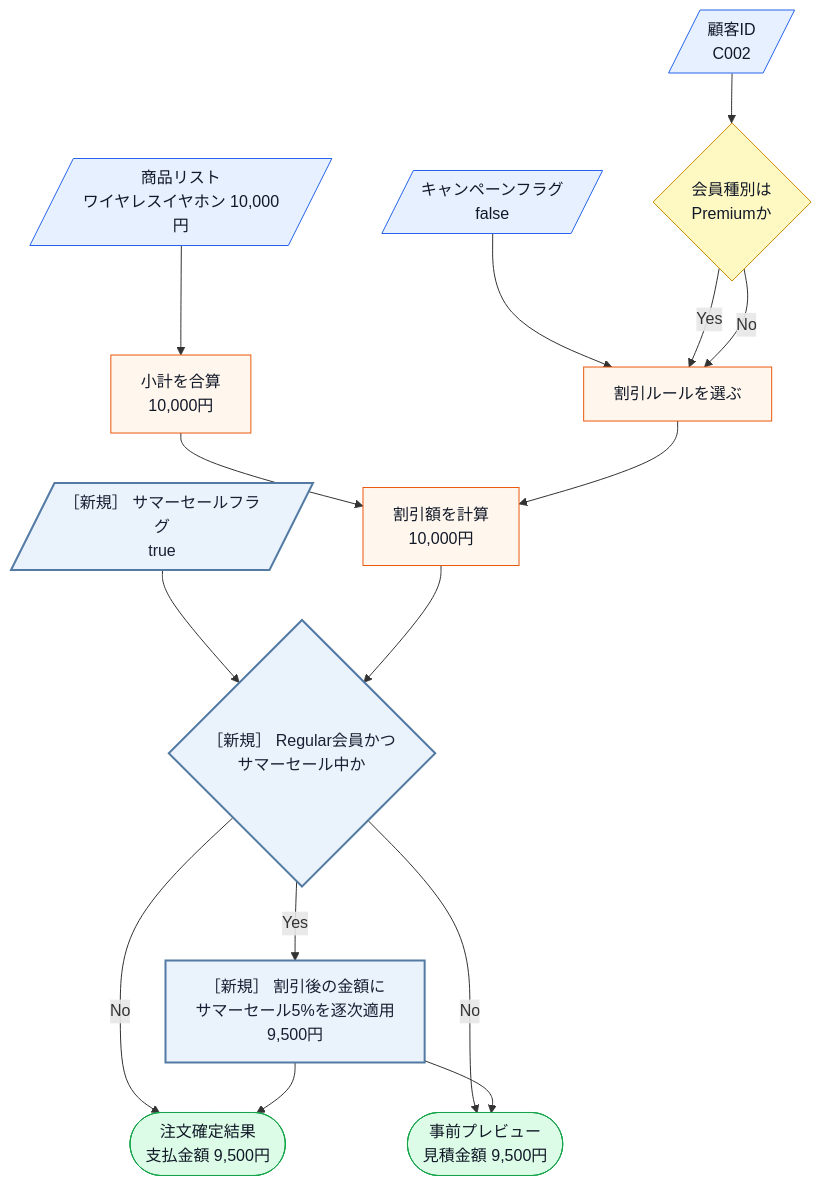
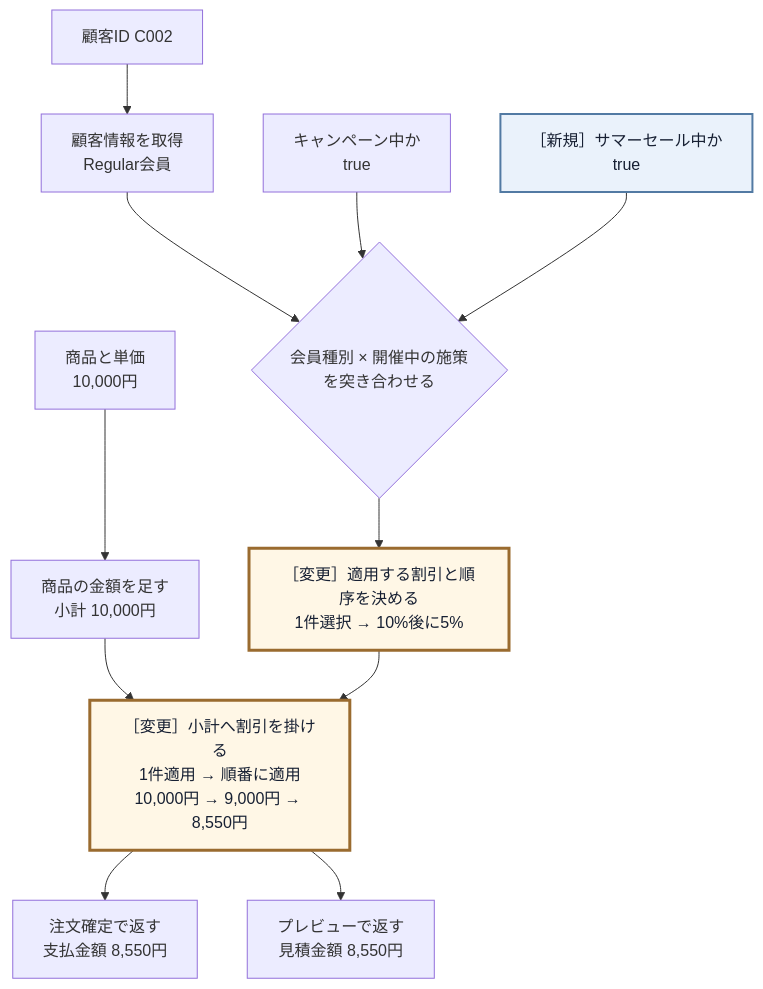
One commit to kumachan1101-pixel/DesignPattern changed the fifth of 18 diagrams in kindle/design-patterns/books/volume01-core-patterns/output/03-chapter01.md. Above: the diagram before and after it, drawn with Mermaid. The commit also changed other lines of this file and 17 other files, not shown here.

````diff
--- a/kindle/design-patterns/books/volume01-core-patterns/output/03-chapter01.md
+++ b/kindle/design-patterns/books/volume01-core-patterns/output/03-chapter01.md
@@ -926,24 +888,18 @@
 ```mermaid
 flowchart TB
-    A[/商品リスト<br>ワイヤレスイヤホン 10,000円/]:::input --> G[小計を合算<br>10,000円]:::process
-    C[/顧客ID<br>C002/]:::input --> D{会員種別は<br>Premiumか}:::decision
-    E[/キャンペーンフラグ<br>false/]:::input --> H[割引ルールを選ぶ]:::process
-    S[/［新規］ サマーセールフラグ<br>true/]:::input --> T{［新規］ Regular会員かつ<br>サマーセール中か}:::decision
-    D -->|Yes| H
-    D -->|No| H
-    G --> I[割引額を計算<br>10,000円]:::process
-    H --> I
-    I --> T
-    T -->|Yes| U[［新規］ 割引後の金額に<br>サマーセール5%を逐次適用<br>9,500円]:::process
-    T -->|No| J([注文確定結果<br>支払金額 9,500円]):::normal
-    T -->|No| K([事前プレビュー<br>見積金額 9,500円]):::normal
-    U --> J
-    U --> K
+    ITEMS["商品と単価<br>10,000円"] --> SUBTOTAL["商品の金額を足す<br>小計 10,000円"]
+    CUSTOMER["顧客ID C002"] --> MEMBER["顧客情報を取得<br>Regular会員"]
 
-    classDef input fill:#e7f0ff,stroke:#2563eb,color:#111827;
-    classDef process fill:#fff7ed,stroke:#ea580c,color:#111827;
-    classDef decision fill:#fef9c3,stroke:#ca8a04,color:#111827;
-    classDef normal fill:#dcfce7,stroke:#16a34a,color:#111827;
-    class S,T,U added;
+    MEMBER --> SELECT{"会員種別 × 開催中の施策<br>を突き合わせる"}
+    CAMPAIGN["キャンペーン中か<br>true"] --> SELECT
+    SUMMER["［新規］サマーセール中か<br>true"]:::added --> SELECT
+
+    SELECT --> ORDER["［変更］適用する割引と順序を決める<br>1件選択 → 10%後に5%"]:::touched
+    SUBTOTAL --> CALC["［変更］小計へ割引を掛ける<br>1件適用 → 順番に適用<br>10,000円 → 9,000円 → 8,550円"]:::touched
+    ORDER --> CALC
+    CALC --> CHECKOUT["注文確定で返す<br>支払金額 8,550円"]
+    CALC --> PREVIEW["プレビューで返す<br>見積金額 8,550円"]
+
     classDef added fill:#eaf2fb,stroke:#527aa3,stroke-width:2px,color:#172033;
+    classDef touched fill:#fff7e6,stroke:#9a6b2f,stroke-width:3px,color:#172033;
 ```
````
